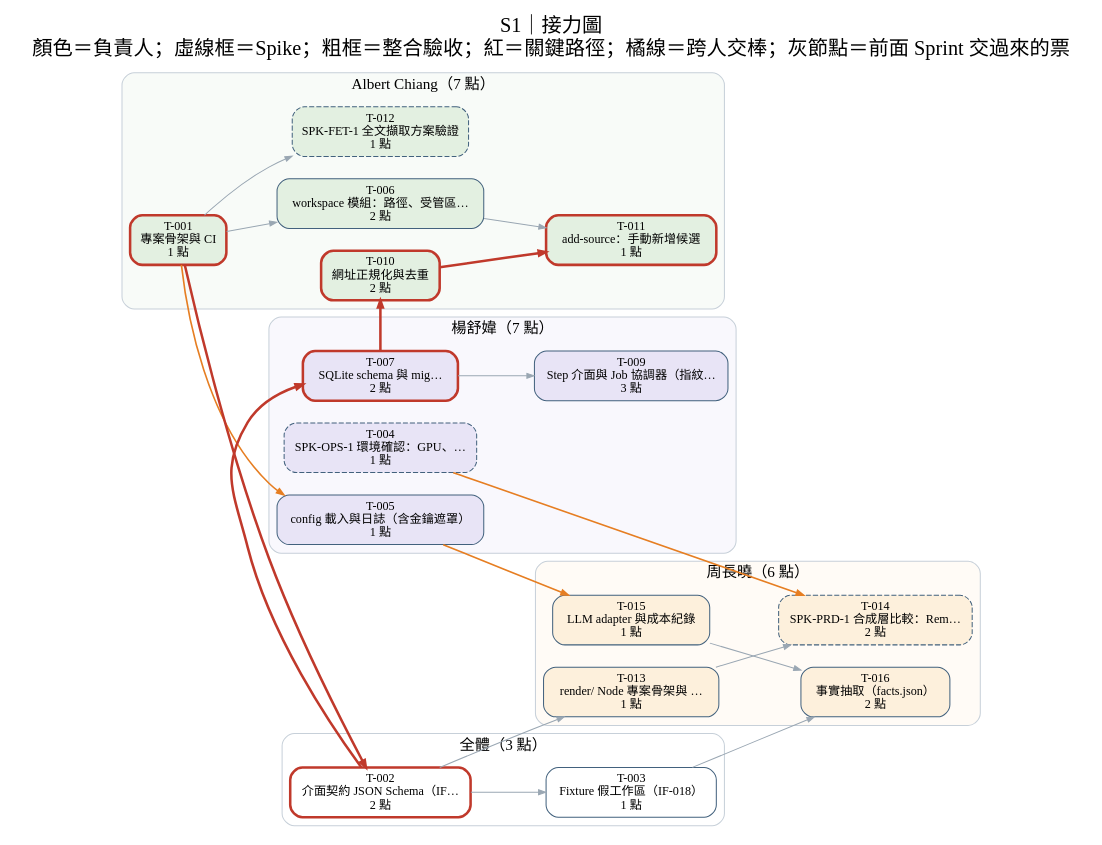
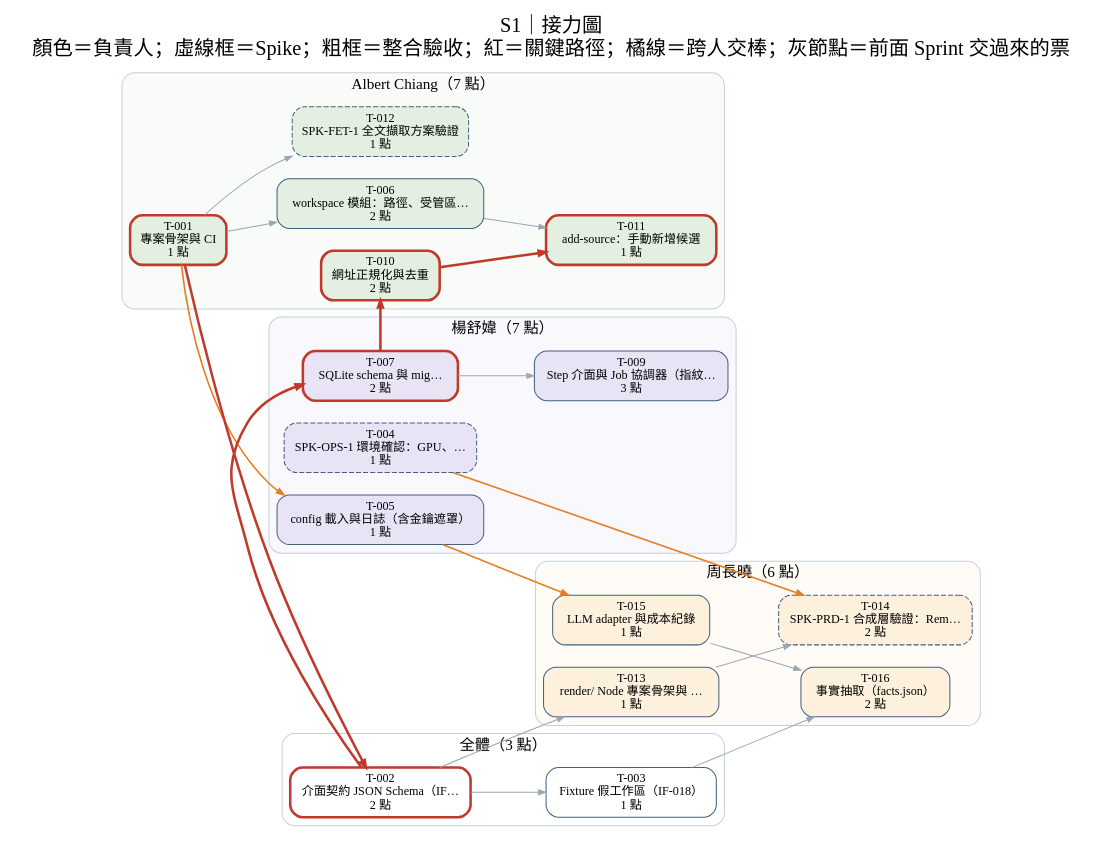
Before and after one commit to Zenobia000/AI_Media_Studio_content_pipe: the diagram in engineering/diagrams/dag-S1.dot, drawn with Graphviz. The commit also changed 14 other files, not shown here.

```diff
--- a/engineering/diagrams/dag-S1.dot
+++ b/engineering/diagrams/dag-S1.dot
@@ -1,75 +1,75 @@
 digraph S {
 graph [rankdir=LR, bgcolor="white", fontname="Microsoft JhengHei", fontsize=20, labelloc=t, nodesep=0.3, ranksep=0.7, label="S1｜接力圖
 顏色＝負責人；虛線框＝Spike；粗框＝整合驗收；紅＝關鍵路徑；橘線＝跨人交棒；灰節點＝前面 Sprint 交過來的票"];
 node [shape=box, style="rounded,filled", fontname="Microsoft JhengHei", fontsize=12, color="#42617d", margin="0.14,0.07"];
 edge [color="#9aa7b3", arrowsize=0.7];
 subgraph "cluster_Albert Chiang" { label="Albert Chiang（7 點）"; style="rounded,filled"; fillcolor="#e3f0e140"; color="#c7d0d9"; fontsize=15;
 "T-001" [label="T-001
 專案骨架與 CI
 1 點", fillcolor="#e3f0e1", style="rounded,filled", penwidth=2.5, color="#c0392b"];
 "T-006" [label="T-006
 workspace 模組：路徑、受管區…
 2 點", fillcolor="#e3f0e1", style="rounded,filled"];
 "T-010" [label="T-010
 網址正規化與去重
 2 點", fillcolor="#e3f0e1", style="rounded,filled", penwidth=2.5, color="#c0392b"];
 "T-011" [label="T-011
 add-source：手動新增候選
 1 點", fillcolor="#e3f0e1", style="rounded,filled", penwidth=2.5, color="#c0392b"];
 "T-012" [label="T-012
 SPK-FET-1 全文擷取方案驗證
 1 點", fillcolor="#e3f0e1", style="rounded,filled,dashed"];
 }
 subgraph "cluster_周長曉" { label="周長曉（6 點）"; style="rounded,filled"; fillcolor="#fdf0dc40"; color="#c7d0d9"; fontsize=15;
 "T-013" [label="T-013
 render/ Node 專案骨架與 …
 1 點", fillcolor="#fdf0dc", style="rounded,filled"];
 "T-014" [label="T-014
-SPK-PRD-1 合成層比較：Rem…
+SPK-PRD-1 合成層驗證：Rem…
 2 點", fillcolor="#fdf0dc", style="rounded,filled,dashed"];
 "T-015" [label="T-015
 LLM adapter 與成本紀錄
 1 點", fillcolor="#fdf0dc", style="rounded,filled"];
 "T-016" [label="T-016
 事實抽取（facts.json）
 2 點", fillcolor="#fdf0dc", style="rounded,filled"];
 }
 subgraph "cluster_楊舒媁" { label="楊舒媁（7 點）"; style="rounded,filled"; fillcolor="#e8e4f640"; color="#c7d0d9"; fontsize=15;
 "T-004" [label="T-004
 SPK-OPS-1 環境確認：GPU、…
 1 點", fillcolor="#e8e4f6", style="rounded,filled,dashed"];
 "T-005" [label="T-005
 config 載入與日誌（含金鑰遮罩）
 1 點", fillcolor="#e8e4f6", style="rounded,filled"];
 "T-007" [label="T-007
 SQLite schema 與 mig…
 2 點", fillcolor="#e8e4f6", style="rounded,filled", penwidth=2.5, color="#c0392b"];
 "T-009" [label="T-009
 Step 介面與 Job 協調器（指紋…
 3 點", fillcolor="#e8e4f6", style="rounded,filled"];
 }
 subgraph "cluster_全體" { label="全體（3 點）"; style="rounded,filled"; fillcolor="#ffffff40"; color="#c7d0d9"; fontsize=15;
 "T-002" [label="T-002
 介面契約 JSON Schema（IF…
 2 點", fillcolor="#ffffff", style="rounded,filled", penwidth=2.5, color="#c0392b"];
 "T-003" [label="T-003
 Fixture 假工作區（IF-018）
 1 點", fillcolor="#ffffff", style="rounded,filled"];
 }
 "T-001" -> "T-002" [color="#c0392b", penwidth=2.5];
 "T-002" -> "T-003";
 "T-001" -> "T-005" [color="#e67e22", penwidth=1.6];
 "T-001" -> "T-006";
 "T-002" -> "T-007" [color="#c0392b", penwidth=2.5];
 "T-007" -> "T-009";
 "T-007" -> "T-010" [color="#c0392b", penwidth=2.5];
 "T-010" -> "T-011" [color="#c0392b", penwidth=2.5];
 "T-006" -> "T-011";
 "T-001" -> "T-012";
 "T-002" -> "T-013";
 "T-004" -> "T-014" [color="#e67e22", penwidth=1.6];
 "T-013" -> "T-014";
 "T-005" -> "T-015" [color="#e67e22", penwidth=1.6];
 "T-015" -> "T-016";
 "T-003" -> "T-016";
 }
```
